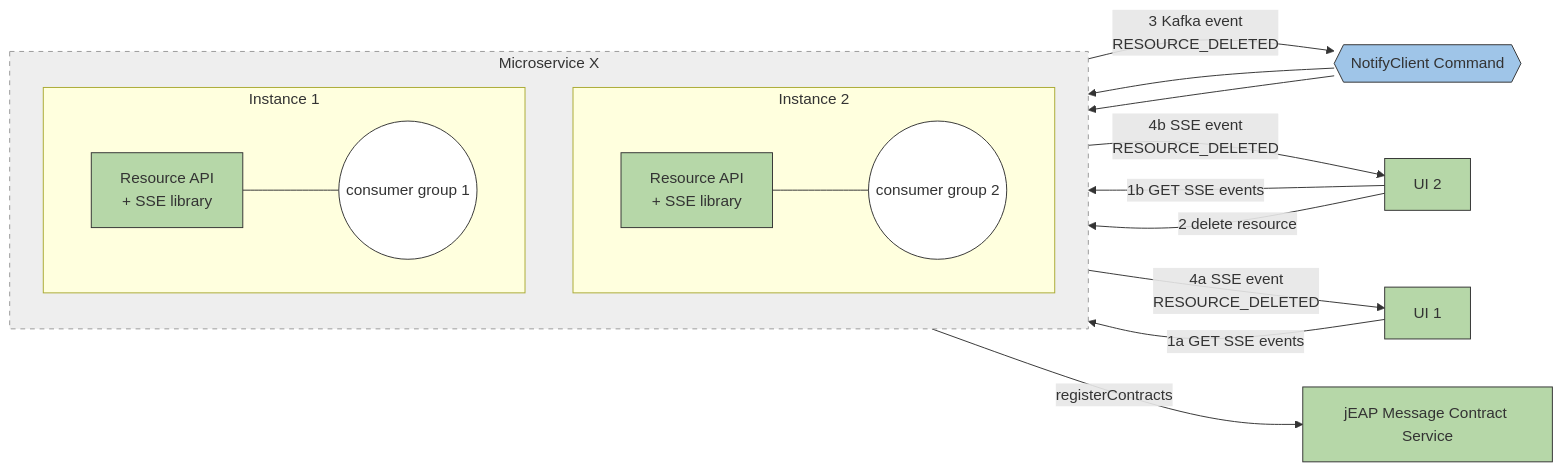
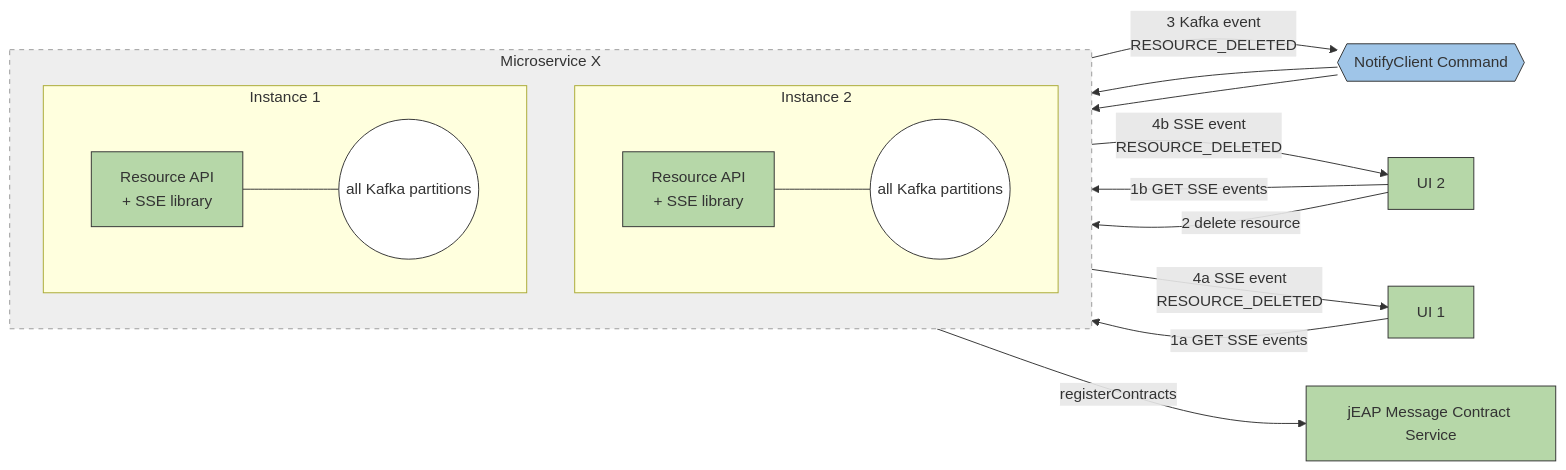
Before and after one commit to jeap-admin-ch/jeap-server-sent-events: the second of 2 diagrams in docs/architecture.md, drawn with Mermaid. The commit also changed other lines of this file and 12 other files, not shown here.

````diff
--- a/docs/architecture.md
+++ b/docs/architecture.md
@@ -68,50 +69,50 @@
 ```mermaid
 flowchart LR
    UI2["UI 2"]
    UI1["UI 1"]
 
     subgraph MSX["Microservice X"]
         direction TB
 
         subgraph I2["Instance 2"]
             direction LR
             MS2["Resource API<br/>+ SSE library"]
-            CG2(("consumer group 2"))
-            MS2 --- CG2
+            KA2(("all Kafka partitions"))
+            MS2 --- KA2
         end
 
         subgraph I1["Instance 1"]
             direction LR
             MS1["Resource API<br/>+ SSE library"]
-            CG1(("consumer group 1"))
-            MS1 --- CG1
+            KA1(("all Kafka partitions"))
+            MS1 --- KA1
         end
     end
 
     CMD{{"NotifyClient Command"}}
     MCS["jEAP Message Contract Service"]
 
     UI2 -->|"1b GET SSE events"| MS2
     UI1 -->|"1a GET SSE events"| MS1
 
     UI2 -->|"2 delete resource"| MS2
     MS2 -->|"3 Kafka event<br/>RESOURCE_DELETED"| CMD
 
-    CMD --> CG2
-    CMD --> CG1
+    CMD --> KA2
+    CMD --> KA1
 
     MS2 -->|"4b SSE event<br/>RESOURCE_DELETED"| UI2
     MS1 -->|"4a SSE event<br/>RESOURCE_DELETED"| UI1
 
     MSX -->|"registerContracts"| MCS
 
     classDef green fill:#b6d7a8,stroke:#333333,stroke-width:1px
     classDef blue fill:#9fc5e8,stroke:#333333,stroke-width:1px
     classDef white fill:#ffffff,stroke:#333333,stroke-width:1px
 
     class UI1,UI2,MS1,MS2,MCS green
     class CMD blue
-    class CG1,CG2 white
+    class KA1,KA2 white
 
     style MSX fill:#eeeeee,stroke:#999999,stroke-dasharray:5 5
 ```
````
